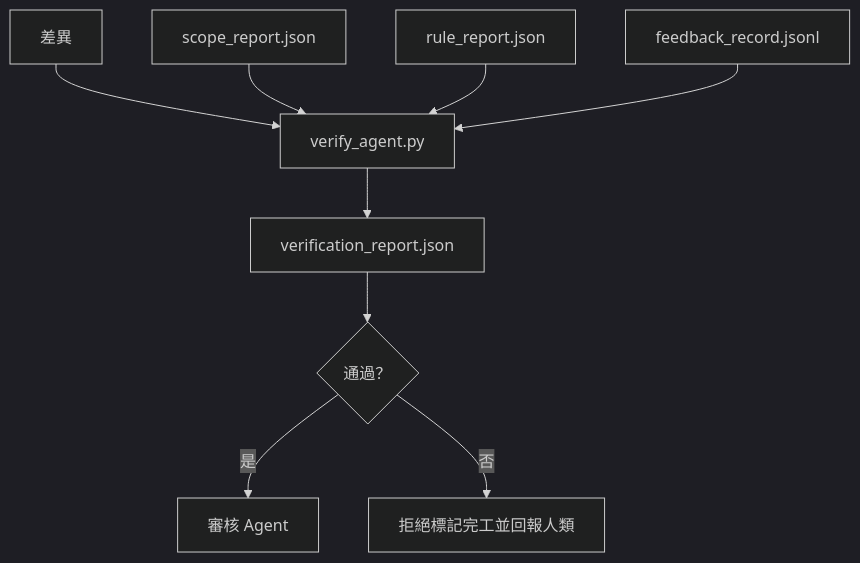
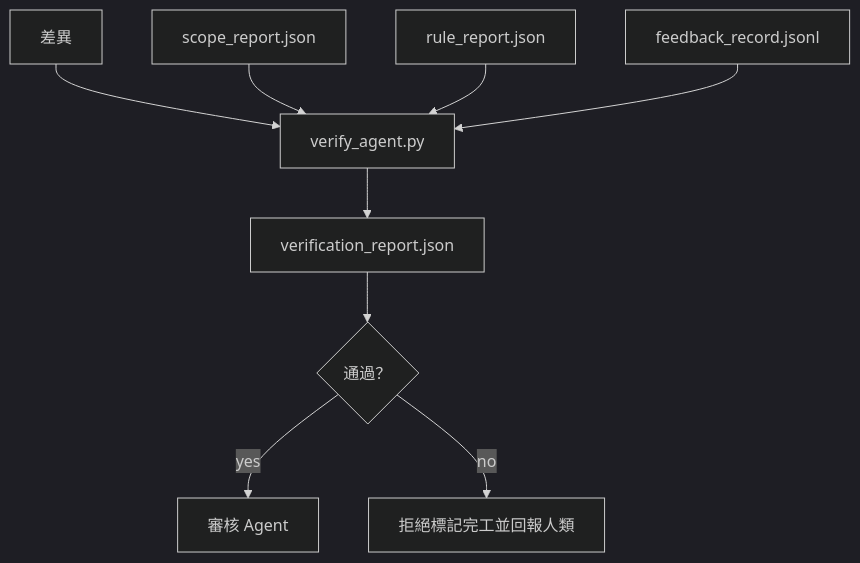
The diagram in i18n/zh-TW/phases/14-agent-engineering/38-verification-gates/docs/zh-TW.md (edward821220/ai-engineering-from-scratch), drawn with Mermaid (dark theme) before and after one commit. The commit also changed 14 other files, not shown here.

````diff
--- a/i18n/zh-TW/phases/14-agent-engineering/38-verification-gates/docs/zh-TW.md
+++ b/i18n/zh-TW/phases/14-agent-engineering/38-verification-gates/docs/zh-TW.md
@@ -29,11 +29,11 @@
 ```mermaid
 flowchart TD
   Diff[差異] --> Gate[verify_agent.py]
   Scope[scope_report.json] --> Gate
   Rules[rule_report.json] --> Gate
   Feedback[feedback_record.jsonl] --> Gate
   Gate --> Verdict[verification_report.json]
   Verdict --> Pass{通過？}
-  Pass -- 是 --> Review[審核 Agent]
-  Pass -- 否 --> Refuse[拒絕標記完工並回報人類]
+  Pass -- yes --> Review[審核 Agent]
+  Pass -- no --> Refuse[拒絕標記完工並回報人類]
 ```
````
